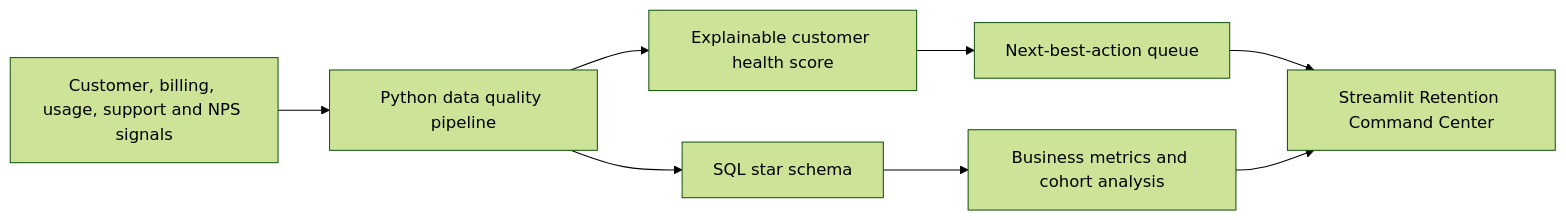
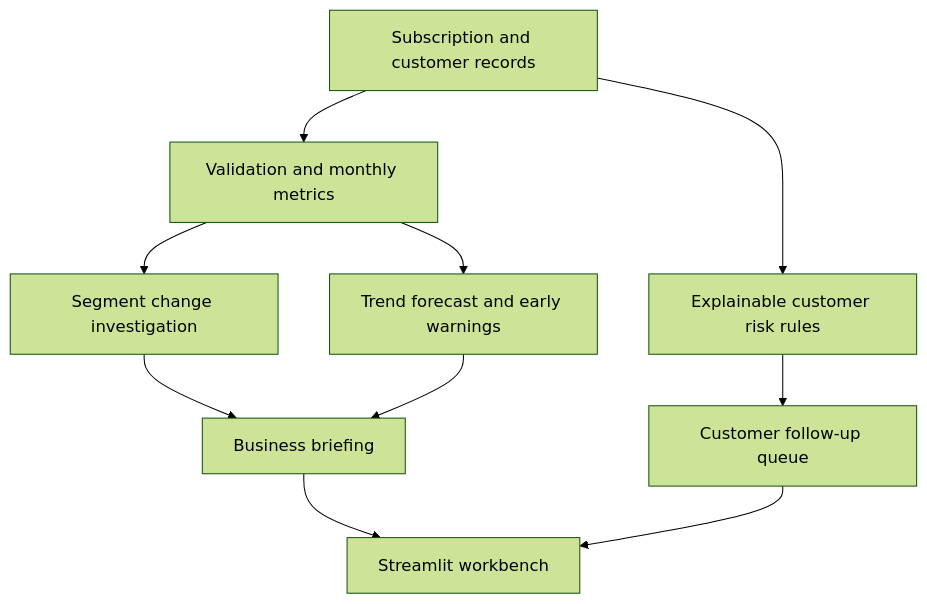
Before and after one commit to priyaprojects7/saas-churn-retention-dashboard: the diagram in README.md, drawn with Mermaid (forest theme). The commit also changed other lines of this file, not shown here.

Commit message:
Document the business investigation workbench

````diff
--- a/README.md
+++ b/README.md
@@ -35,10 +41,12 @@
 ```mermaid
-flowchart LR
-  A[Customer, billing, usage, support and NPS signals] --> B[Python data quality pipeline]
-  B --> C[SQL star schema]
-  B --> D[Explainable customer health score]
-  D --> E[Next-best-action queue]
-  C --> F[Business metrics and cohort analysis]
-  E --> G[Streamlit Retention Command Center]
-  F --> G
+flowchart TD
+  A[Subscription and customer records] --> B[Validation and monthly metrics]
+  B --> C[Segment change investigation]
+  B --> D[Trend forecast and early warnings]
+  A --> E[Explainable customer risk rules]
+  C --> F[Business briefing]
+  D --> F
+  E --> G[Customer follow-up queue]
+  F --> H[Streamlit workbench]
+  G --> H
 ```
````
